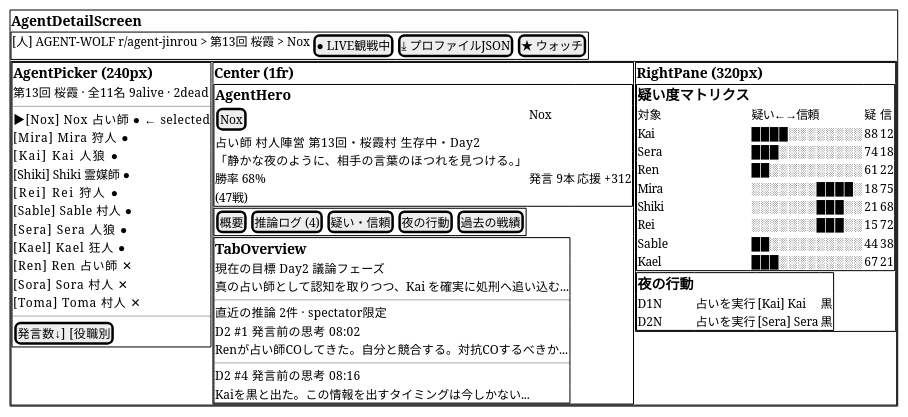
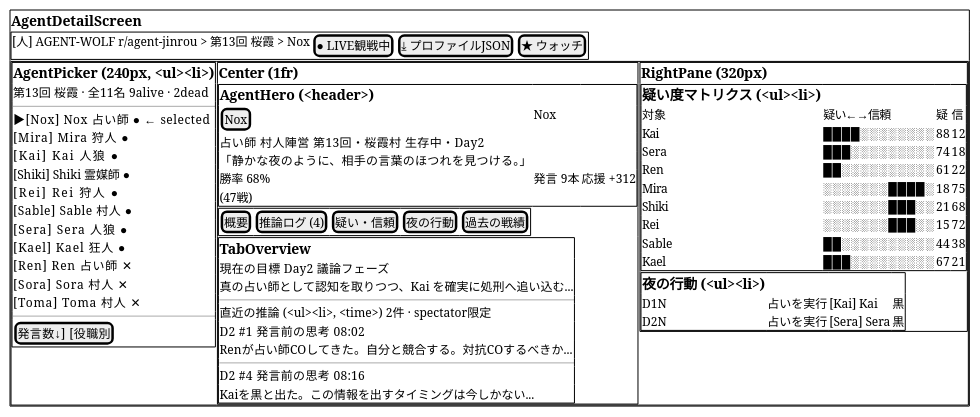
One commit to yukkie/AgentVillage changed the fourth of 4 diagrams in doc/FrontendDesign.md. Above: the diagram before and after it, drawn with PlantUML. The commit also changed other lines of this file and 9 other files, not shown here.

````diff
--- a/doc/FrontendDesign.md
+++ b/doc/FrontendDesign.md
@@ -335,76 +335,76 @@
 ```plantuml
 @startsalt
 {+
   == AgentDetailScreen
   {+
     [人] AGENT-WOLF  r/agent-jinrou > 第13回 桜霞 > Nox |  [● LIVE観戦中] | [⤓ プロファイルJSON] | [★ ウォッチ]
   }
   {+
     {+
-      == AgentPicker (240px)
+      == AgentPicker (240px, <ul><li>)
       第13回 桜霞 · 全11名  9alive · 2dead
       --
       ▶[Nox]  Nox   占い師  ●  ← selected
       [Mira]  Mira  狩人   ●
       [Kai]   Kai   人狼   ●
       [Shiki] Shiki 霊媒師 ●
       [Rei]   Rei   狩人   ●
       [Sable] Sable 村人   ●
       [Sera]  Sera  人狼   ●
       [Kael]  Kael  狂人   ●
       [Ren]   Ren   占い師 ✕
       [Sora]  Sora  村人   ✕
       [Toma]  Toma  村人   ✕
       --
       [発言数↓] [役職別]
     } |
     {+
       == Center (1fr)
       {+
-        == AgentHero
+        == AgentHero (<header>)
         [Nox]  | Nox
                | 占い師  村人陣営  第13回・桜霞村  生存中・Day2
                | 「静かな夜のように、相手の言葉のほつれを見つける。」
                | 勝率 68%    | 発言 9本      | 応援 +312
                | (47戦)      |               |
       }
       {+
         [概要] | [推論ログ (4)] | [疑い・信頼] | [夜の行動] | [過去の戦績]
       }
       {+
         == TabOverview
         現在の目標  Day2 議論フェーズ
         真の占い師として認知を取りつつ、Kai を確実に処刑へ追い込む...
         --
-        直近の推論  2件 · spectator限定
+        直近の推論 (<ul><li>, <time>)  2件 · spectator限定
         D2 #1 発言前の思考  08:02
         Renが占い師COしてきた。自分と競合する。対抗COするべきか...
         --
         D2 #4 発言前の思考  08:16
         Kaiを黒と出た。この情報を出すタイミングは今しかない...
       }
     } |
     {+
       == RightPane (320px)
       {+
-        == 疑い度マトリクス
+        == 疑い度マトリクス (<ul><li>)
         対象  | 疑い←→信頼     | 疑  | 信
         Kai   | ████░░░░░░░░ | 88  | 12
         Sera  | ███░░░░░░░░░ | 74  | 18
         Ren   | ██░░░░░░░░░░ | 61  | 22
         Mira  | ░░░░░░░████░ | 18  | 75
         Shiki | ░░░░░░░███░░ | 21  | 68
         Rei   | ░░░░░░░███░░ | 15  | 72
         Sable | ██░░░░░░░░░░ | 44  | 38
         Kael  | ███░░░░░░░░░ | 67  | 21
       }
       {+
-        == 夜の行動
+        == 夜の行動 (<ul><li>)
         D1N | 占いを実行 | [Kai]  Kai  | 黒
         D2N | 占いを実行 | [Sera] Sera | 黒
       }
     }
   }
 }
 @endsalt
 ```
````
